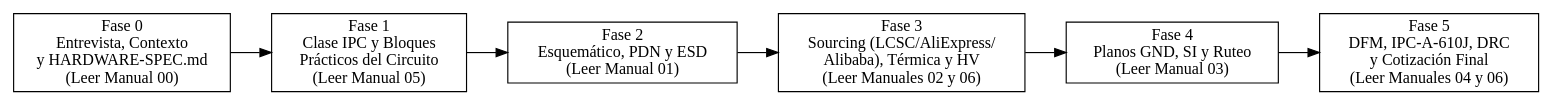
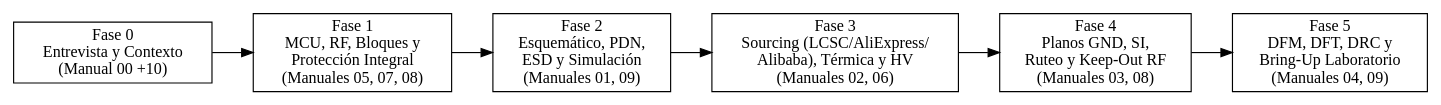
The diagram in skills/designing-pcb-normative/SKILL.md (VictorAntonioCayupil/AGENT-DESIGN-PCB), drawn with Graphviz before and after one commit. The commit also changed other lines of this file and 6 other files, not shown here.

Commit message:
feat(v3.0): add circuit protection, MCU pinout/RF rules, SPICE/DFT/bring-up protocol, and multi-agent architecture

````diff
--- a/skills/designing-pcb-normative/SKILL.md
+++ b/skills/designing-pcb-normative/SKILL.md
@@ -24,13 +25,13 @@
 ```dot
-digraph pcb_normative_v2_flow {
+digraph pcb_normative_v3_flow {
     rankdir=LR;
     node [shape=box];
-    F0 [label="Fase 0\nEntrevista, Contexto\ny HARDWARE-SPEC.md\n(Leer Manual 00)"];
-    F1 [label="Fase 1\nClase IPC y Bloques\nPrácticos del Circuito\n(Leer Manual 05)"];
-    F2 [label="Fase 2\nEsquemático, PDN y ESD\n(Leer Manual 01)"];
-    F3 [label="Fase 3\nSourcing (LCSC/AliExpress/\nAlibaba), Térmica y HV\n(Leer Manuales 02 y 06)"];
-    F4 [label="Fase 4\nPlanos GND, SI y Ruteo\n(Leer Manual 03)"];
-    F5 [label="Fase 5\nDFM, IPC-A-610J, DRC\ny Cotización Final\n(Leer Manuales 04 y 06)"];
+    F0 [label="Fase 0\nEntrevista y Contexto\n(Manual 00 +10)"];
+    F1 [label="Fase 1\nMCU, RF, Bloques y\nProtección Integral\n(Manuales 05, 07, 08)"];
+    F2 [label="Fase 2\nEsquemático, PDN,\nESD y Simulación\n(Manuales 01, 09)"];
+    F3 [label="Fase 3\nSourcing (LCSC/AliExpress/\nAlibaba), Térmica y HV\n(Manuales 02, 06)"];
+    F4 [label="Fase 4\nPlanos GND, SI,\nRuteo y Keep-Out RF\n(Manuales 03, 08)"];
+    F5 [label="Fase 5\nDFM, DFT, DRC y\nBring-Up Laboratorio\n(Manuales 04, 09)"];
     F0 -> F1 -> F2 -> F3 -> F4 -> F5;
 }
 ```
````
